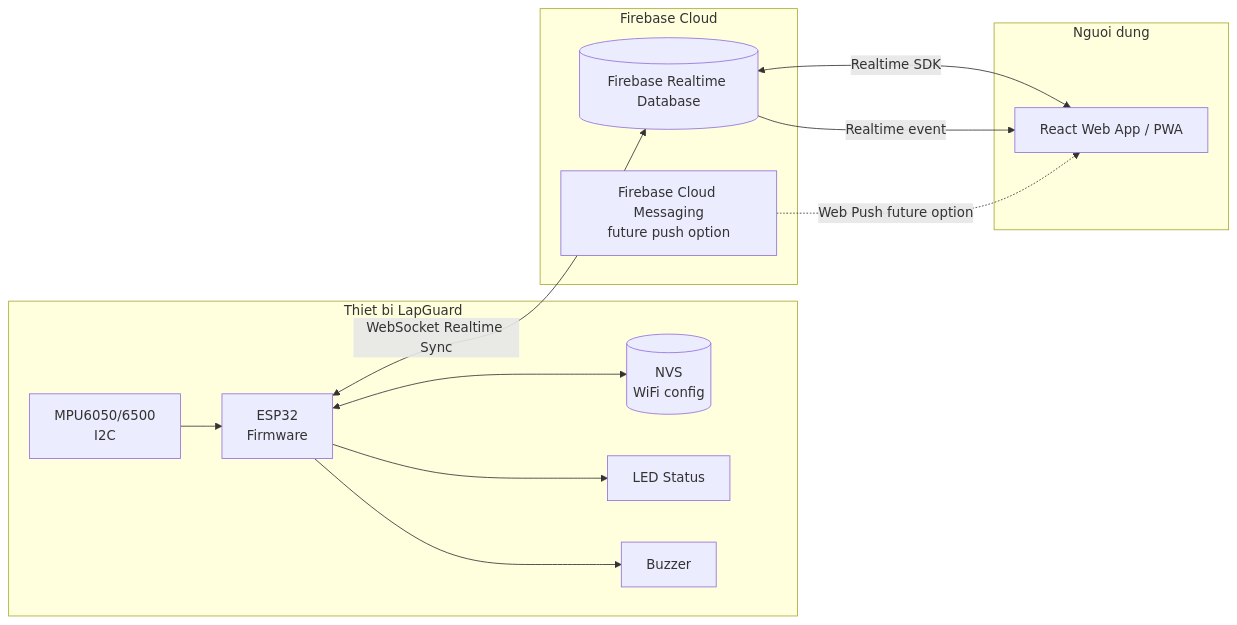
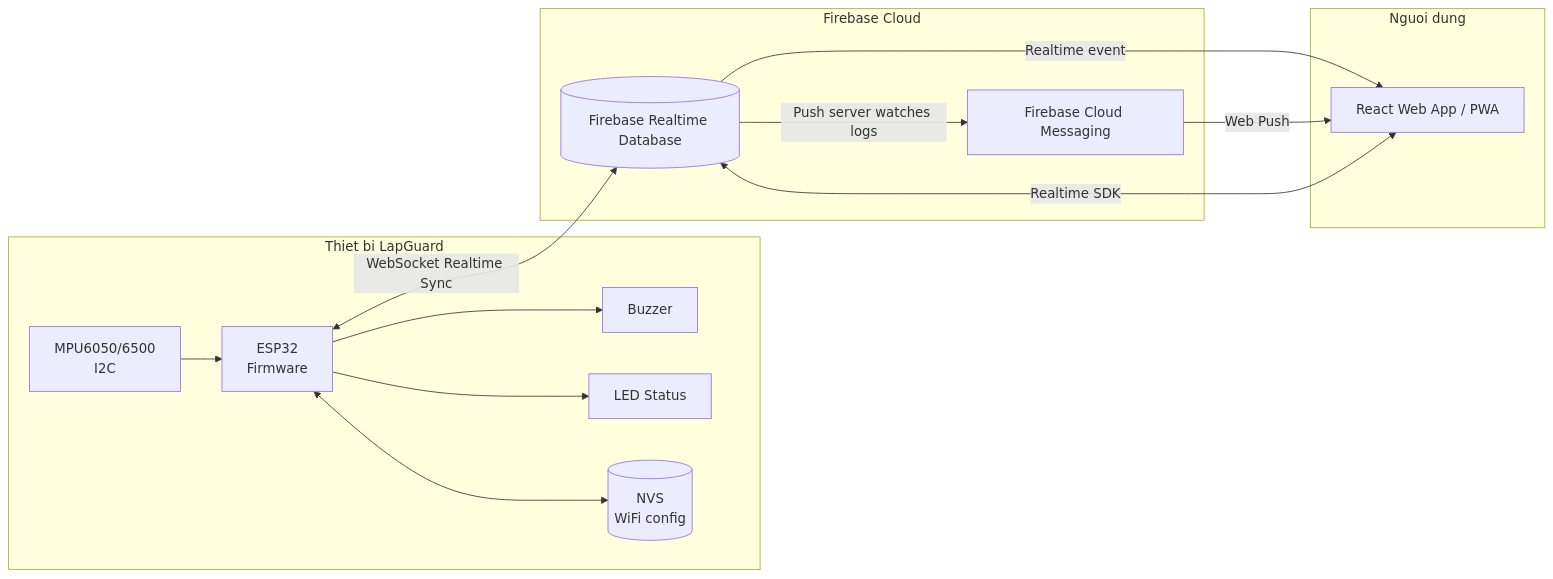
One commit to NHP234/AIoT changed the second of 5 diagrams in docs/03-system-architecture.md. Above: the diagram before and after it, drawn with Mermaid. The commit also changed other lines of this file and 4 other files, not shown here.

````diff
--- a/docs/03-system-architecture.md
+++ b/docs/03-system-architecture.md
@@ -39,29 +39,30 @@
 ```mermaid
 flowchart LR
     subgraph Device[Thiet bi LapGuard]
         MPU[MPU6050/6500<br/>I2C]
         MCU[ESP32<br/>Firmware]
         BUZZ[Buzzer]
         LED[LED Status]
         NVS[(NVS<br/>WiFi config)]
 
         MPU --> MCU
         MCU --> BUZZ
         MCU --> LED
         MCU <--> NVS
     end
 
     subgraph Cloud[Firebase Cloud]
         FB[(Firebase Realtime Database)]
-        FCM[Firebase Cloud Messaging<br/>future push option]
+        FCM[Firebase Cloud Messaging]
     end
 
     subgraph User[Nguoi dung]
         APP[React Web App / PWA]
     end
 
     MCU <-->|WebSocket Realtime Sync| FB
     APP <-->|Realtime SDK| FB
     FB -->|Realtime event| APP
-    FCM -.->|Web Push future option| APP
+    FB -->|Push server watches logs| FCM
+    FCM -->|Web Push| APP
 ```
````
